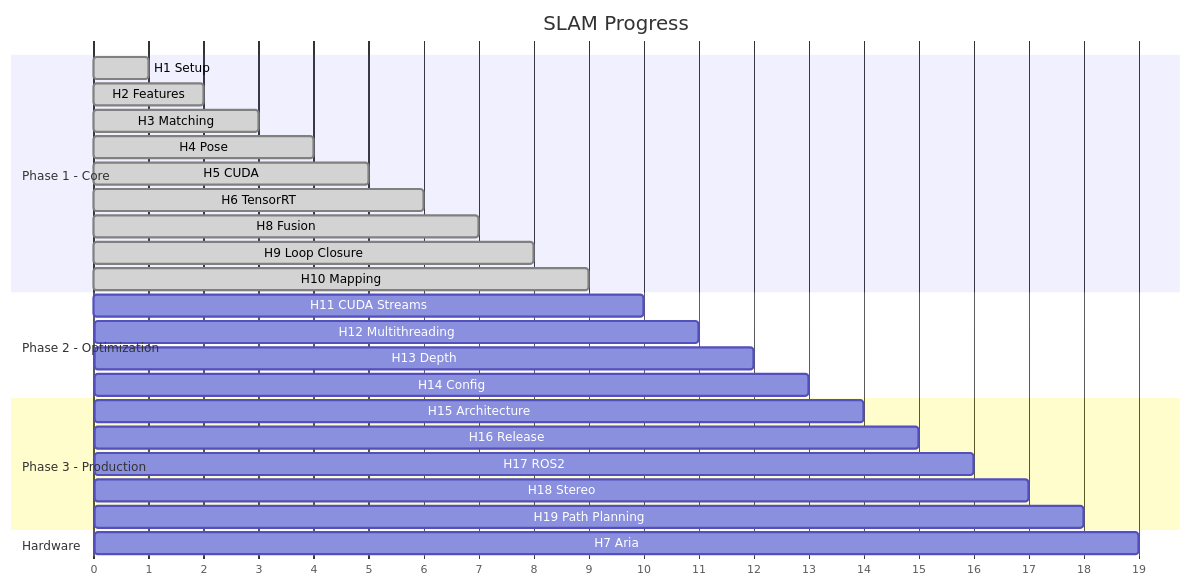
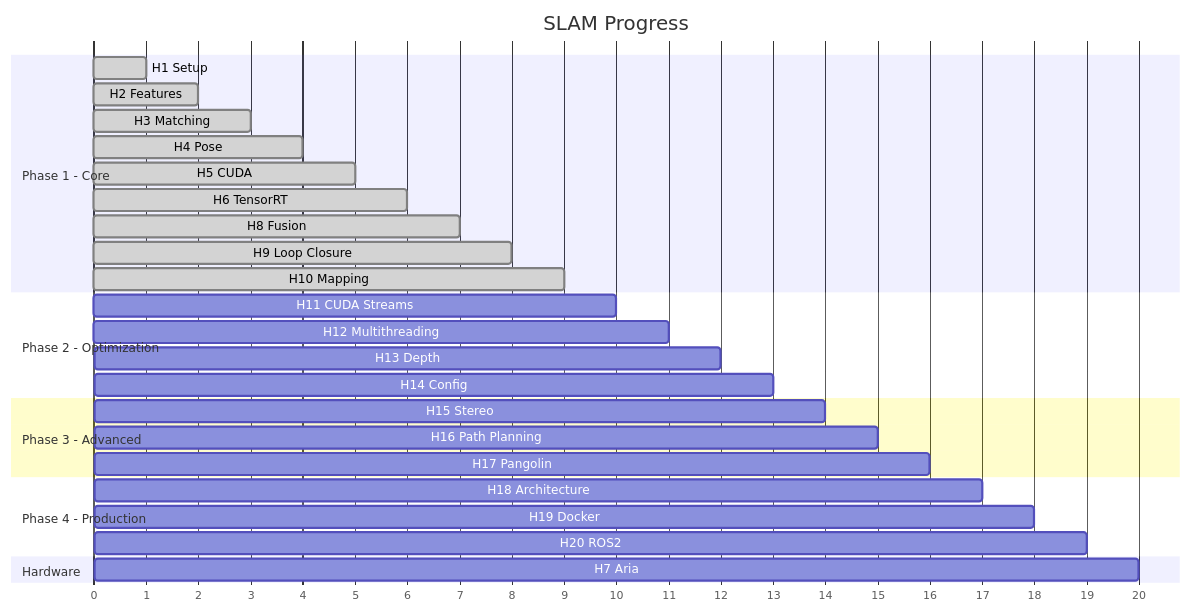
One commit to robertteleng/aria-slam changed diagram 12 of 12 in README.md. Above: the diagram before and after it, drawn with Mermaid. The commit also changed other lines of this file, not shown here.

Commit message:
docs: reorganize milestones into 4 phases (Core, Optimization, Advanced, Production)

````diff
--- a/README.md
+++ b/README.md
@@ -525,33 +531,36 @@
 ```mermaid
 gantt
     title SLAM Progress
     dateFormat X
     axisFormat %s
 
     section Phase 1 - Core
     H1 Setup           :done, h1, 0, 1
     H2 Features        :done, h2, 1, 2
     H3 Matching        :done, h3, 2, 3
     H4 Pose            :done, h4, 3, 4
     H5 CUDA            :done, h5, 4, 5
     H6 TensorRT        :done, h6, 5, 6
     H8 Fusion          :done, h8, 6, 7
     H9 Loop Closure    :done, h9, 7, 8
     H10 Mapping        :done, h10, 8, 9
 
     section Phase 2 - Optimization
     H11 CUDA Streams   :h11, 9, 10
     H12 Multithreading :h12, 10, 11
     H13 Depth          :h13, 11, 12
     H14 Config         :h14, 12, 13
 
-    section Phase 3 - Production
-    H15 Architecture   :h15, 13, 14
-    H16 Release        :h16, 14, 15
-    H17 ROS2           :h17, 15, 16
-    H18 Stereo         :h18, 16, 17
-    H19 Path Planning  :h19, 17, 18
+    section Phase 3 - Advanced
+    H15 Stereo         :h15, 13, 14
+    H16 Path Planning  :h16, 14, 15
+    H17 Pangolin       :h17, 15, 16
+
+    section Phase 4 - Production
+    H18 Architecture   :h18, 16, 17
+    H19 Docker         :h19, 17, 18
+    H20 ROS2           :h20, 18, 19
 
     section Hardware
-    H7 Aria            :h7, 18, 19
+    H7 Aria            :h7, 19, 20
 ```
````
